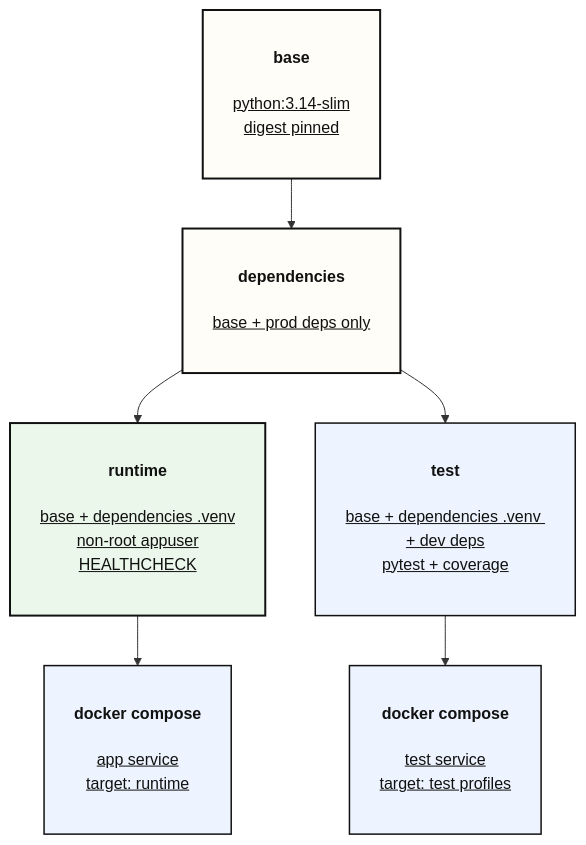
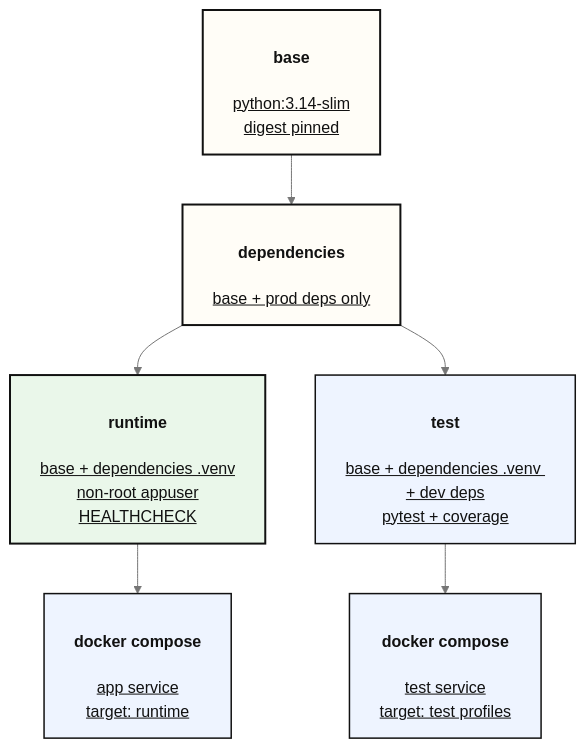
Before and after one commit to yaoki-dev/api-test-devops-portfolio: the fourth of 4 diagrams in README.md, drawn with Mermaid. The commit also changed other lines of this file and 3 other files, not shown here.

First line of the commit message:
docs(readme): mermaid図のノードラベル改行位置を調整 (#641)

````diff
--- a/README.md
+++ b/README.md
@@ -169,29 +193,35 @@
 ```mermaid
+---
+config:
+  theme: base
+  themeVariables:
+    primaryColor: '#F7F3EA'
+    primaryTextColor: '#111111'
+    primaryBorderColor: '#111111'
+    lineColor: '#767676'
+    titleColor: '#111111'
+    edgeLabelBackground: '#FFFDF7'
+    textColor: '#111111'
+---
 flowchart TD
-    B["<h4>base</h4><u>python:3.14-slim<br/>digest pinned</u>
-    <br/>"]
+    B["<h4>base</h4><u>python:3.14-slim<br/>digest pinned</u>"]
 
-    B --> D["<h4>dependencies</h4><u>base + prod deps only</u>
-    <br/>"]
+    B --> D["<h4>dependencies</h4><u>base + prod deps only</u>"]
 
-    D --> R["<h4>runtime</h4><u>base + dependencies .venv<br/>non-root appuser<br/>HEALTHCHECK</u>
-    <br/>"]
+    D --> R["<h4>runtime</h4><u>base + dependencies .venv<br/>non-root appuser<br/>HEALTHCHECK</u>"]
 
-    D --> T["<h4>test</h4><u>base + dependencies .venv + dev deps<br/>pytest + coverage</u>
-    <br/>"]
+    D --> T["<h4>test</h4><u>base + dependencies .venv + dev deps<br/>pytest + coverage</u>"]
 
-    R --> C1["<h4>docker compose</h4><u>app service<br/>target: runtime</u>
-    <br/>"]
+    R --> C1["<h4>docker compose</h4><u>app service<br/>target: runtime</u>"]
 
-    T --> C2["<h4>docker compose</h4><u>test service<br/>target: test profiles</u>
-    <br/>"]
+    T --> C2["<h4>docker compose</h4><u>test service<br/>target: test profiles</u>"]
 
     classDef default fill:#F7F3EA,stroke:#111,stroke-width:1.5px,color:#111;
     classDef key fill:#FFFDF7,stroke:#111,stroke-width:2px,color:#111;
     classDef runtime fill:#EAF7EA,stroke:#111,stroke-width:2px,color:#111;
     classDef support fill:#EEF4FF,stroke:#111,stroke-width:1.5px,color:#111;
 
     class B,D key;
     class R runtime;
     class T,C1,C2 support;
 ```
````
